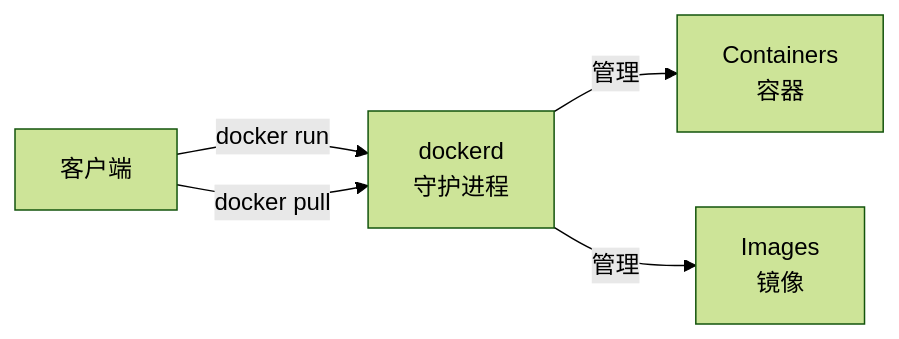
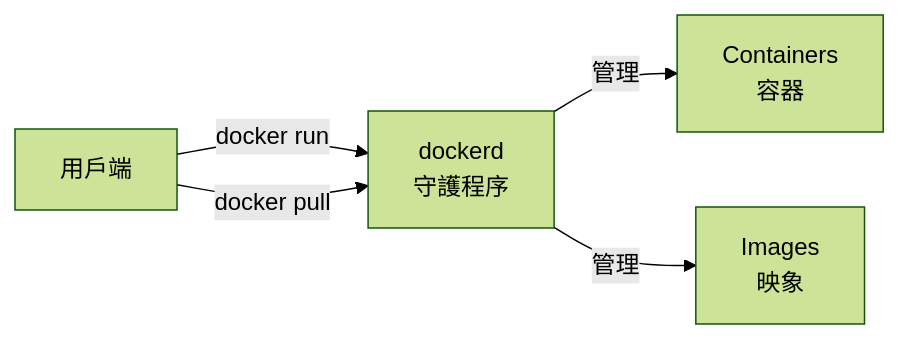
One commit to doggy8088/docker_practice changed the first of 3 diagrams in 12_implementation/12.1_arch.md. Above: the diagram before and after it, drawn with Mermaid (forest theme). The commit also changed other lines of this file and 211 other files, not shown here.

````diff
--- a/12_implementation/12.1_arch.md
+++ b/12_implementation/12.1_arch.md
@@ -9,7 +9,7 @@
 ```mermaid
 graph LR
-  C1["客户端"] -->|docker run| D["dockerd<br/>守护进程"]
+  C1["用戶端"] -->|docker run| D["dockerd<br/>守護程序"]
   C1 -->|docker pull| D
   D -->|管理| C2["Containers<br/>容器"]
-  D -->|管理| C3["Images<br/>镜像"]
+  D -->|管理| C3["Images<br/>映象"]
 ```
````
